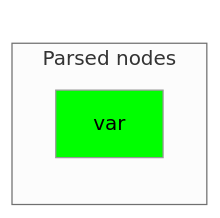
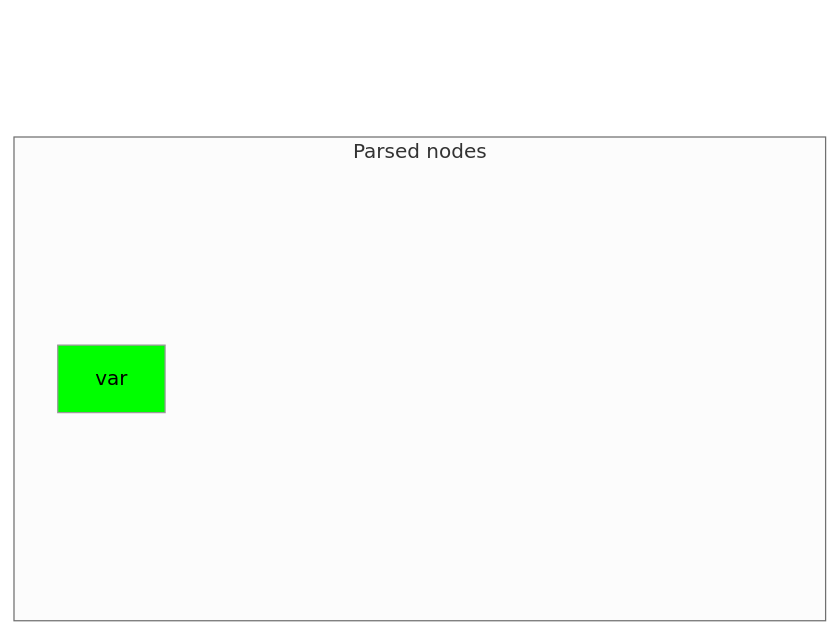
One commit to carbon-language/carbon-lang changed the third of 14 diagrams in toolchain/docs/parse.md. Above: the diagram before and after it, drawn with Mermaid (neutral theme). The commit also changed other lines of this file, not shown here.

````diff
--- a/toolchain/docs/parse.md
+++ b/toolchain/docs/parse.md
@@ -218,13 +218,29 @@
 ```mermaid
 flowchart BT
     root:::hidden
     subgraph nodes["Parsed nodes"]
         direction BT
         node1[var]:::moved
+        node2[x]:::pending
+        node3[:]:::pending
+        node4[i32]:::pending
+        node5[=]:::pending
+        node6[y]:::pending
+        node7[+]:::pending
+        node8[1]:::pending
+        node9[;]:::pending
     end
 
+    classDef pending visibility:hidden
+    classDef moved fill:#0F0,color:#000
     classDef hidden visibility:hidden,display:none
-    classDef moved fill:#0F0,color:#000
 
-    node1 ~~~ root
+    node1 ~~~~ root
+    node3 ~~~ node2 & node4
+    node3 ~~~ root
+    node5 ~~~~ root
+    node7 ~~~ node6 & node8
+    node7 ~~~ root
+    node9 ~~~ node1 & node3 & node5 & node7
+    node9 ~~~ root
 ```
````
